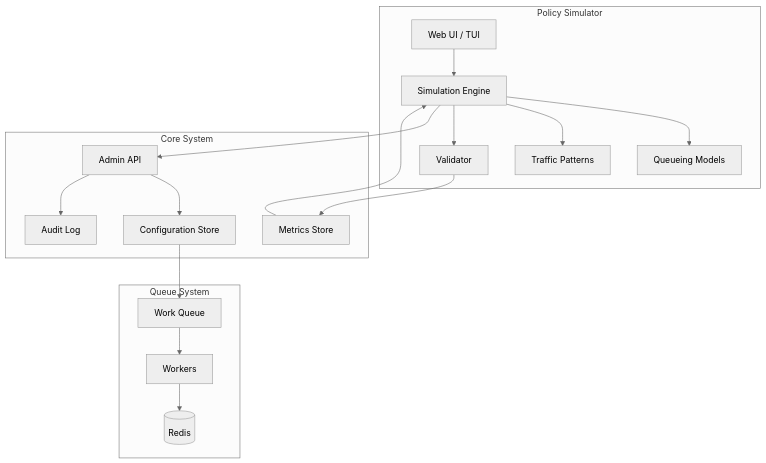
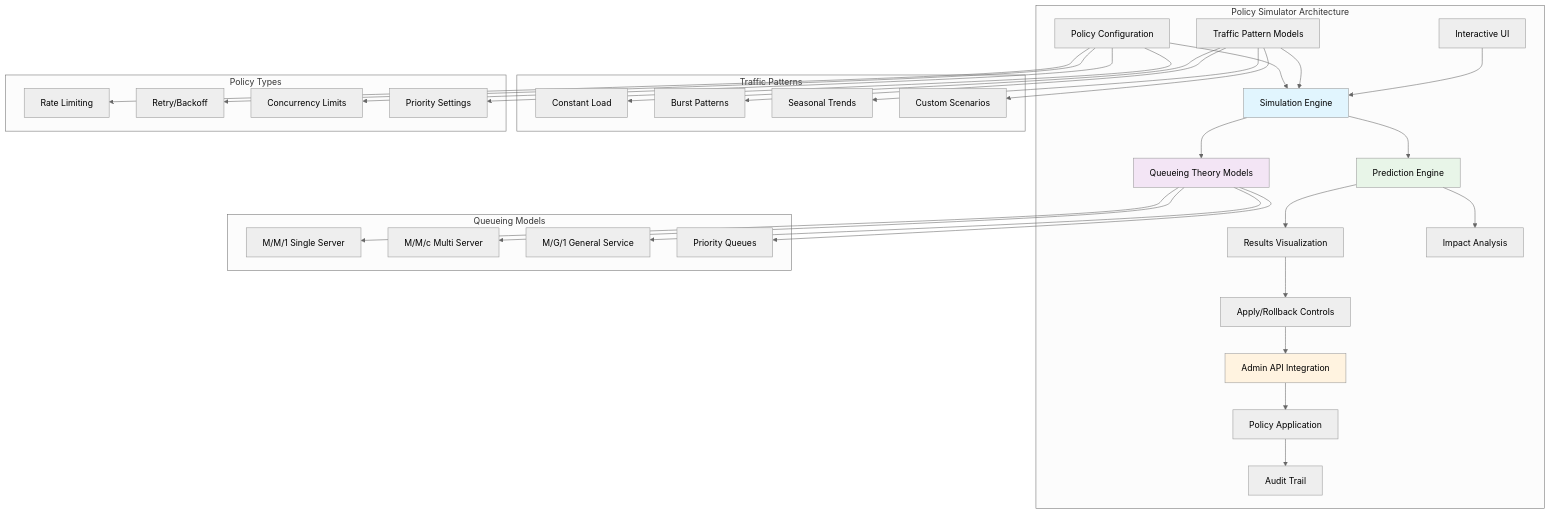
The first of 3 diagrams in docs/design/f031-design.md (flyingrobots/go-redis-work-queue), drawn with Mermaid (neutral theme) before and after one commit. The commit also changed other lines of this file and 10 other files, not shown here.

````diff
--- a/docs/design/f031-design.md
+++ b/docs/design/f031-design.md
@@ -25,39 +28,42 @@
 ```mermaid
 graph TB
-    subgraph "Policy Simulator"
-        UI[Web UI / TUI]
-        SIM[Simulation Engine]
-        MODEL[Queueing Models]
-        PATTERN[Traffic Patterns]
-        VAL[Validator]
+    subgraph "Policy Simulator Architecture"
+        A[Interactive UI] --> B[Simulation Engine]
+        C[Traffic Pattern Models] --> B
+        D[Policy Configuration] --> B
+        B --> E[Queueing Theory Models]
+        B --> F[Prediction Engine]
+        F --> G[Results Visualization]
+        F --> H[Impact Analysis]
+        I[Admin API Integration] --> J[Policy Application]
+        G --> K[Apply/Rollback Controls]
+        K --> I
+        J --> L[Audit Trail]
     end
 
-    subgraph "Core System"
-        API[Admin API]
-        CONFIG[Configuration Store]
-        METRICS[Metrics Store]
-        AUDIT[Audit Log]
+    subgraph "Queueing Models"
+        E --> M[M/M/1 Single Server]
+        E --> N[M/M/c Multi Server]
+        E --> O[M/G/1 General Service]
+        E --> P[Priority Queues]
     end
 
-    subgraph "Queue System"
-        QUEUE[Work Queue]
-        WORKER[Workers]
-        REDIS[(Redis)]
+    subgraph "Traffic Patterns"
+        C --> Q[Constant Load]
+        C --> R[Burst Patterns]
+        C --> S[Seasonal Trends]
+        C --> T[Custom Scenarios]
     end
 
-    UI --> SIM
-    SIM --> MODEL
-    SIM --> PATTERN
-    SIM --> VAL
+    subgraph "Policy Types"
+        D --> U[Rate Limiting]
+        D --> V[Retry/Backoff]
+        D --> W[Concurrency Limits]
+        D --> X[Priority Settings]
+    end
 
-    SIM --> API
-    API --> CONFIG
-    API --> AUDIT
-
-    METRICS --> SIM
-    CONFIG --> QUEUE
-    QUEUE --> WORKER
-    WORKER --> REDIS
-
-    VAL --> METRICS
+    style B fill:#e1f5fe
+    style E fill:#f3e5f5
+    style F fill:#e8f5e8
+    style I fill:#fff3e0
 ```
````
